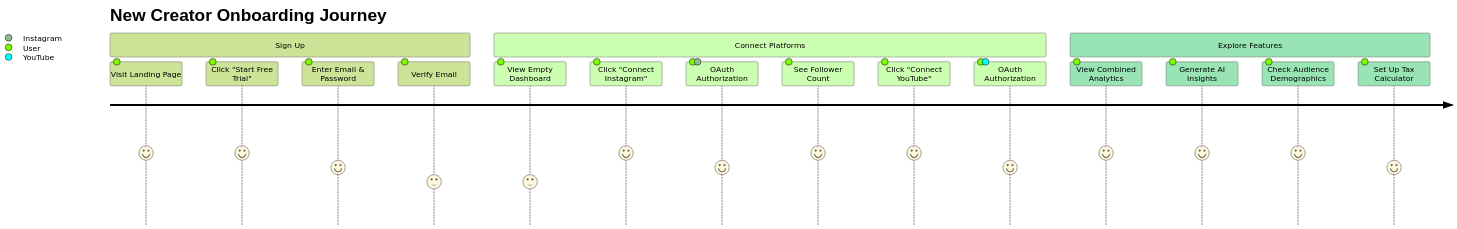
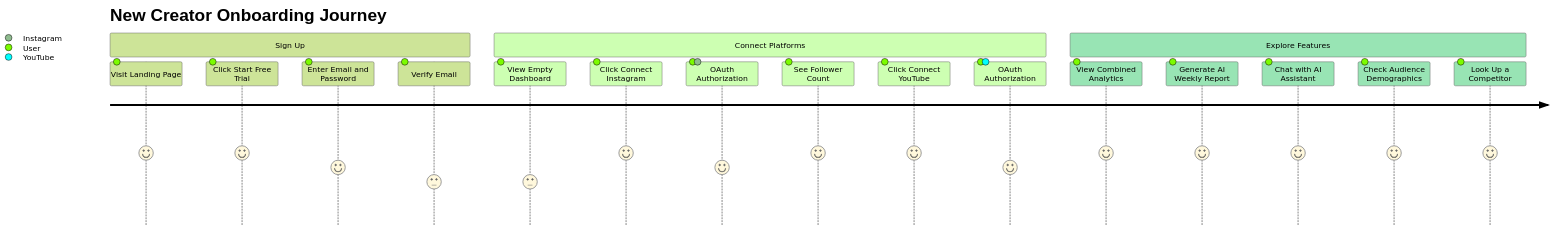
Before and after one commit to ritwikvats/creatoriq: the fifth of 6 diagrams in PRD.md, drawn with Mermaid (forest theme). The commit also changed other lines of this file and 1 other file, not shown here.

````diff
--- a/PRD.md
+++ b/PRD.md
@@ -397,21 +433,22 @@
 ```mermaid
 journey
     title New Creator Onboarding Journey
     section Sign Up
       Visit Landing Page: 5: User
-      Click "Start Free Trial": 5: User
-      Enter Email & Password: 4: User
+      Click Start Free Trial: 5: User
+      Enter Email and Password: 4: User
       Verify Email: 3: User
     section Connect Platforms
       View Empty Dashboard: 3: User
-      Click "Connect Instagram": 5: User
+      Click Connect Instagram: 5: User
       OAuth Authorization: 4: User, Instagram
       See Follower Count: 5: User
-      Click "Connect YouTube": 5: User
+      Click Connect YouTube: 5: User
       OAuth Authorization: 4: User, YouTube
     section Explore Features
       View Combined Analytics: 5: User
-      Generate AI Insights: 5: User
+      Generate AI Weekly Report: 5: User
+      Chat with AI Assistant: 5: User
       Check Audience Demographics: 5: User
-      Set Up Tax Calculator: 4: User
+      Look Up a Competitor: 5: User
 ```
````
